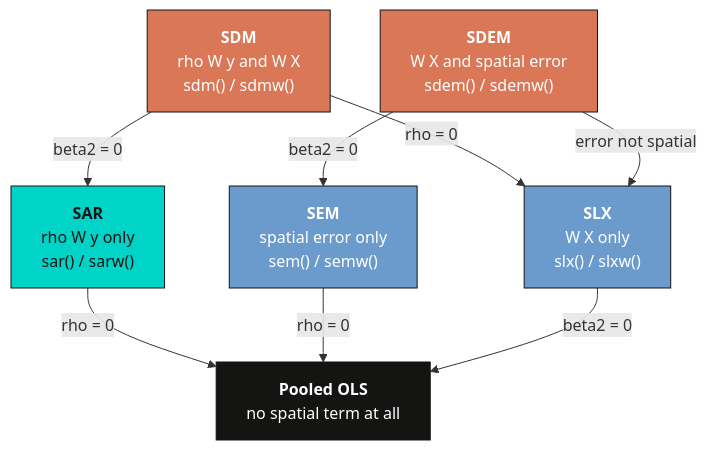
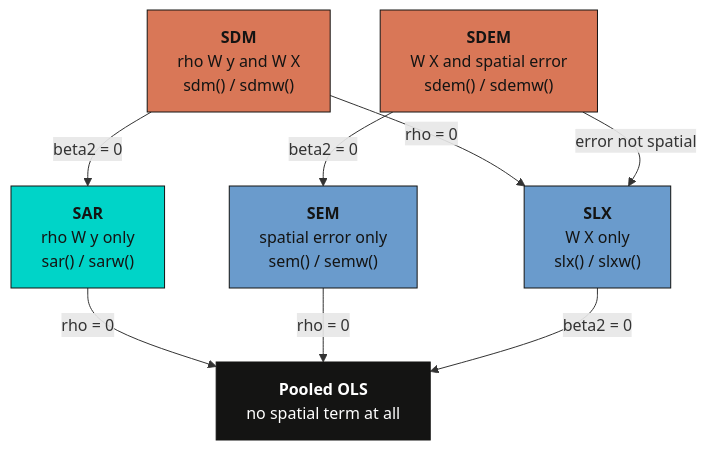
One commit to cmg777/starter-academic-v501 changed the fourth of 4 diagrams in content/post/r_estimateW/index.md. Above: the diagram before and after it, drawn with Mermaid. The commit also changed other lines of this file and 67 other files, not shown here.

First line of the commit message:
fix(mermaid): readable diagram text in both themes across the site

````diff
--- a/content/post/r_estimateW/index.md
+++ b/content/post/r_estimateW/index.md
@@ -1067,17 +1067,17 @@
 ```mermaid
 graph TD
     SDM["<b>SDM</b><br/>rho W y and W X<br/>sdm() / sdmw()"] -->|"beta2 = 0"| SAR["<b>SAR</b><br/>rho W y only<br/>sar() / sarw()"]
     SDM -->|"rho = 0"| SLX["<b>SLX</b><br/>W X only<br/>slx() / slxw()"]
     SDEM["<b>SDEM</b><br/>W X and spatial error<br/>sdem() / sdemw()"] -->|"beta2 = 0"| SEM["<b>SEM</b><br/>spatial error only<br/>sem() / semw()"]
     SDEM -->|"error not spatial"| SLX
     SAR -->|"rho = 0"| OLS["<b>Pooled OLS</b><br/>no spatial term at all"]
     SEM -->|"rho = 0"| OLS
     SLX -->|"beta2 = 0"| OLS
 
-    style SDM fill:#d97757,stroke:#141413,color:#fff
-    style SDEM fill:#d97757,stroke:#141413,color:#fff
+    style SDM fill:#d97757,stroke:#141413,color:#141413
+    style SDEM fill:#d97757,stroke:#141413,color:#141413
     style SAR fill:#00d4c8,stroke:#141413,color:#141413
-    style SEM fill:#6a9bcc,stroke:#141413,color:#fff
-    style SLX fill:#6a9bcc,stroke:#141413,color:#fff
+    style SEM fill:#6a9bcc,stroke:#141413,color:#141413
+    style SLX fill:#6a9bcc,stroke:#141413,color:#141413
     style OLS fill:#141413,stroke:#141413,color:#fff
 ```
````
